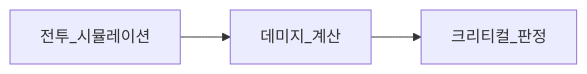
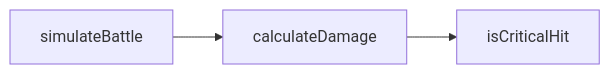
One commit to team-unstablers/chz changed the diagram in docs/62-realize-dependency-graph.ko.md. Above: the diagram before and after it, drawn with Mermaid. The commit also changed other lines of this file and 19 other files, not shown here.

````diff
--- a/docs/62-realize-dependency-graph.ko.md
+++ b/docs/62-realize-dependency-graph.ko.md
@@ -114,4 +114,4 @@
 ```mermaid
 graph LR
-  전투_시뮬레이션 --> 데미지_계산 --> 크리티컬_판정
+  simulateBattle --> calculateDamage --> isCriticalHit
 ```
````
